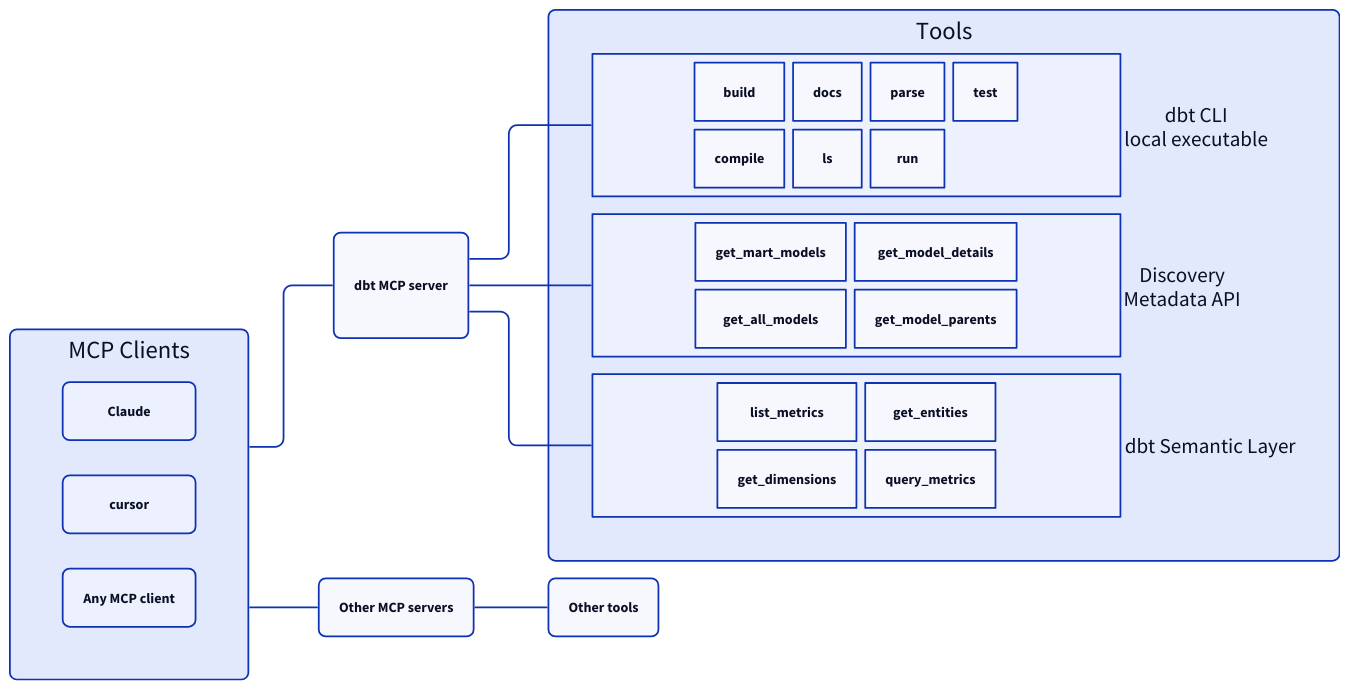
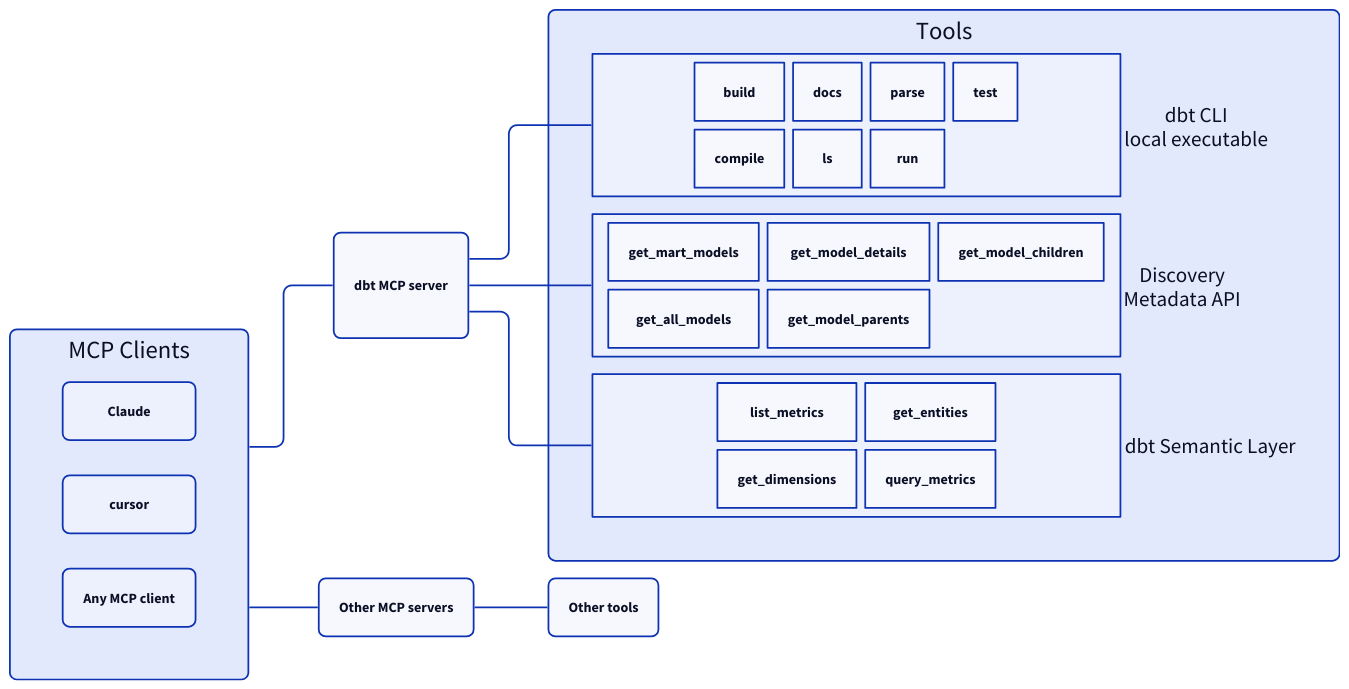
One commit to trouze/dbt-mcp-http changed the diagram in docs/diagram.d2. Above: the diagram before and after it, drawn with D2. The commit also changed 7 other files, not shown here.

Commit message:
Add new tool to get children models (#103)

```diff
--- a/docs/diagram.d2
+++ b/docs/diagram.d2
@@ -1,69 +1,70 @@
 vars: {
   d2-config: {
     layout-engine: elk
   }
 }
 
 direction: right
 *.style.border-radius: 8
 
 classes: {
   container: {
     grid-columns: 2
     grid-rows: 2
     grid-gap: 10
     width: 600
     *.style.border-radius: 8
   }
 }
 
 mcp: dbt MCP server
 
 tools: Tools {
   cli: dbt CLI\nlocal executable {
     label.near: outside-right-center
     class: container
     build
     compile
     docs
     ls
     parse
     run
     test
   }
 
   discovery: Discovery\nMetadata API {
     label.near: outside-right-center
     class: container
     get_mart_models
     get_all_models
     get_model_details
     get_model_parents
+    get_model_children
   }
 
   sl: dbt Semantic Layer {
     label.near: outside-right-center
     class: container
     list_metrics
     get_dimensions
     get_entities
     query_metrics
   }
 }
 
 mcp -- tools.*
 
 clients: MCP Clients {
   grid-columns: 1
   *.style.border-radius: 8
   Claude
   cursor
   mcp_clients: Any MCP client
 }
 
 other_mcp: Other MCP servers
 other_tools: Other tools
 
 clients -- mcp
 clients -- other_mcp
 other_mcp -- other_tools
```
